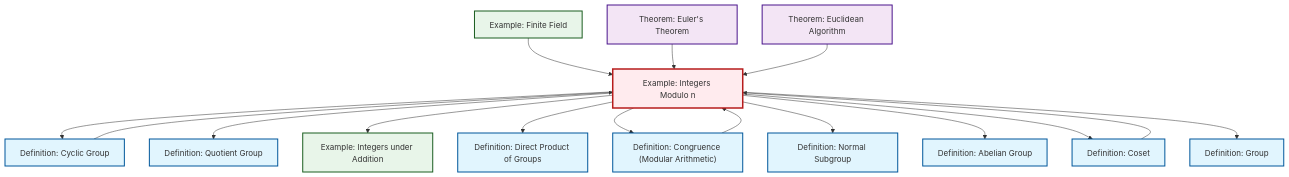
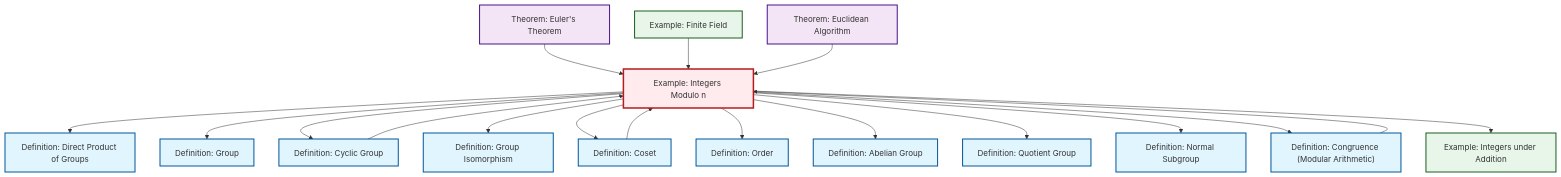
Before and after one commit to RK0429/ModernMath: the diagram in content/ja/algebra/ex-quotient-integers-mod-n.qmd, drawn with Mermaid. The commit also changed other lines of this file and 581 other files, not shown here.

````diff
--- a/content/ja/algebra/ex-quotient-integers-mod-n.qmd
+++ b/content/ja/algebra/ex-quotient-integers-mod-n.qmd
@@ -134,50 +135,56 @@
 ```{mermaid}
 %%| fig-cap: "Local dependency graph"
 graph TD
     classDef definition fill:#e1f5fe,stroke:#01579b,stroke-width:2px
     classDef theorem fill:#f3e5f5,stroke:#4a148c,stroke-width:2px
     classDef axiom fill:#fff3e0,stroke:#e65100,stroke-width:2px
     classDef example fill:#e8f5e9,stroke:#1b5e20,stroke-width:2px
     classDef current fill:#ffebee,stroke:#b71c1c,stroke-width:3px
+    thm-euler["Theorem: Euler's Theorem"]:::theorem
+    def-order["Definition: Order"]:::definition
+    ex-finite-field["Example: Finite Field"]:::example
+    thm-euclidean-algorithm["Theorem: Euclidean Algorithm"]:::theorem
     def-quotient-group["Definition: Quotient Group"]:::definition
+    def-abelian-group["Definition: Abelian Group"]:::definition
+    def-coset["Definition: Coset"]:::definition
+    def-cyclic-group["Definition: Cyclic Group"]:::definition
+    def-congruence["Definition: Congruence (Modular Arithmetic)"]:::definition
     def-direct-product["Definition: Direct Product of Groups"]:::definition
-    ex-finite-field["Example: Finite Field"]:::example
-    def-abelian-group["Definition: Abelian Group"]:::definition
-    ex-quotient-integers-mod-n["Example: Integers Modulo n"]:::example
+    def-isomorphism["Definition: Group Isomorphism"]:::definition
     ex-integers-addition["Example: Integers under Addition"]:::example
-    def-cyclic-group["Definition: Cyclic Group"]:::definition
-    thm-euler["Theorem: Euler's Theorem"]:::theorem
     def-group["Definition: Group"]:::definition
     def-normal-subgroup["Definition: Normal Subgroup"]:::definition
-    def-congruence["Definition: Congruence (Modular Arithmetic)"]:::definition
-    def-coset["Definition: Coset"]:::definition
-    thm-euclidean-algorithm["Theorem: Euclidean Algorithm"]:::theorem
+    ex-quotient-integers-mod-n["Example: Integers Modulo n"]:::example
+    ex-quotient-integers-mod-n --> def-direct-product
+    thm-euler --> ex-quotient-integers-mod-n
+    ex-quotient-integers-mod-n --> def-group
+    def-cyclic-group --> ex-quotient-integers-mod-n
     ex-quotient-integers-mod-n --> def-cyclic-group
-    ex-quotient-integers-mod-n --> def-quotient-group
-    ex-quotient-integers-mod-n --> ex-integers-addition
-    ex-quotient-integers-mod-n --> def-direct-product
-    ex-quotient-integers-mod-n --> def-congruence
+    ex-quotient-integers-mod-n --> def-isomorphism
+    ex-quotient-integers-mod-n --> def-coset
     ex-finite-field --> ex-quotient-integers-mod-n
-    ex-quotient-integers-mod-n --> def-normal-subgroup
-    def-coset --> ex-quotient-integers-mod-n
-    thm-euler --> ex-quotient-integers-mod-n
+    ex-quotient-integers-mod-n --> def-order
     thm-euclidean-algorithm --> ex-quotient-integers-mod-n
     ex-quotient-integers-mod-n --> def-abelian-group
-    ex-quotient-integers-mod-n --> def-coset
-    ex-quotient-integers-mod-n --> def-group
+    ex-quotient-integers-mod-n --> def-quotient-group
+    ex-quotient-integers-mod-n --> def-normal-subgroup
+    ex-quotient-integers-mod-n --> def-congruence
     def-congruence --> ex-quotient-integers-mod-n
-    def-cyclic-group --> ex-quotient-integers-mod-n
+    ex-quotient-integers-mod-n --> ex-integers-addition
+    def-coset --> ex-quotient-integers-mod-n
     class ex-quotient-integers-mod-n current
+    click thm-euler "thm-euler.html" "Theorem: Euler's Theoremへ"
+    click def-order "def-order.html" "Definition: Orderへ"
+    click ex-finite-field "ex-finite-field.html" "Example: Finite Fieldへ"
+    click thm-euclidean-algorithm "thm-euclidean-algorithm.html" "Theorem: Euclidean Algorithmへ"
     click def-quotient-group "def-quotient-group.html" "Definition: Quotient Groupへ"
+    click def-abelian-group "def-abelian-group.html" "Definition: Abelian Groupへ"
+    click def-coset "def-coset.html" "Definition: Cosetへ"
+    click def-cyclic-group "def-cyclic-group.html" "Definition: Cyclic Groupへ"
+    click def-congruence "def-congruence.html" "Definition: Congruence (Modular Arithmetic)へ"
     click def-direct-product "def-direct-product.html" "Definition: Direct Product of Groupsへ"
-    click ex-finite-field "ex-finite-field.html" "Example: Finite Fieldへ"
-    click def-abelian-group "def-abelian-group.html" "Definition: Abelian Groupへ"
+    click def-isomorphism "def-isomorphism.html" "Definition: Group Isomorphismへ"
     click ex-integers-addition "ex-integers-addition.html" "Example: Integers under Additionへ"
-    click def-cyclic-group "def-cyclic-group.html" "Definition: Cyclic Groupへ"
-    click thm-euler "thm-euler.html" "Theorem: Euler's Theoremへ"
     click def-group "def-group.html" "Definition: Groupへ"
     click def-normal-subgroup "def-normal-subgroup.html" "Definition: Normal Subgroupへ"
-    click def-congruence "def-congruence.html" "Definition: Congruence (Modular Arithmetic)へ"
-    click def-coset "def-coset.html" "Definition: Cosetへ"
-    click thm-euclidean-algorithm "thm-euclidean-algorithm.html" "Theorem: Euclidean Algorithmへ"
 ```
````
